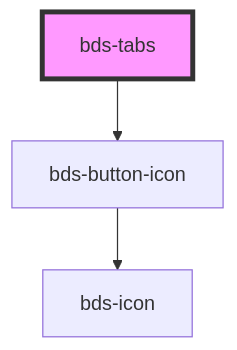
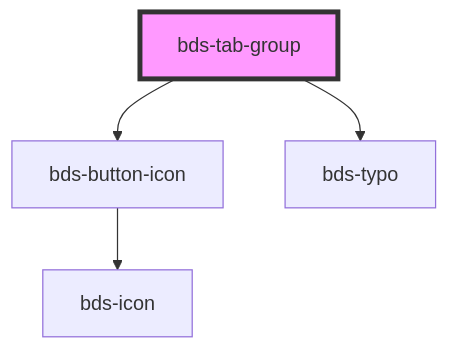
The diagram in src/components/tabs/readme.md (takenet/blip-ds), drawn with Mermaid before and after one commit. The commit also changed other lines of this file and 140 other files, not shown here.

````diff
--- a/src/components/tabs/readme.md
+++ b/src/components/tabs/readme.md
@@ -30,6 +34,7 @@
 ```mermaid
 graph TD;
-  bds-tabs --> bds-button-icon
+  bds-tab-group --> bds-button-icon
+  bds-tab-group --> bds-typo
   bds-button-icon --> bds-icon
-  style bds-tabs fill:#f9f,stroke:#333,stroke-width:4px
+  style bds-tab-group fill:#f9f,stroke:#333,stroke-width:4px
 ```
````
